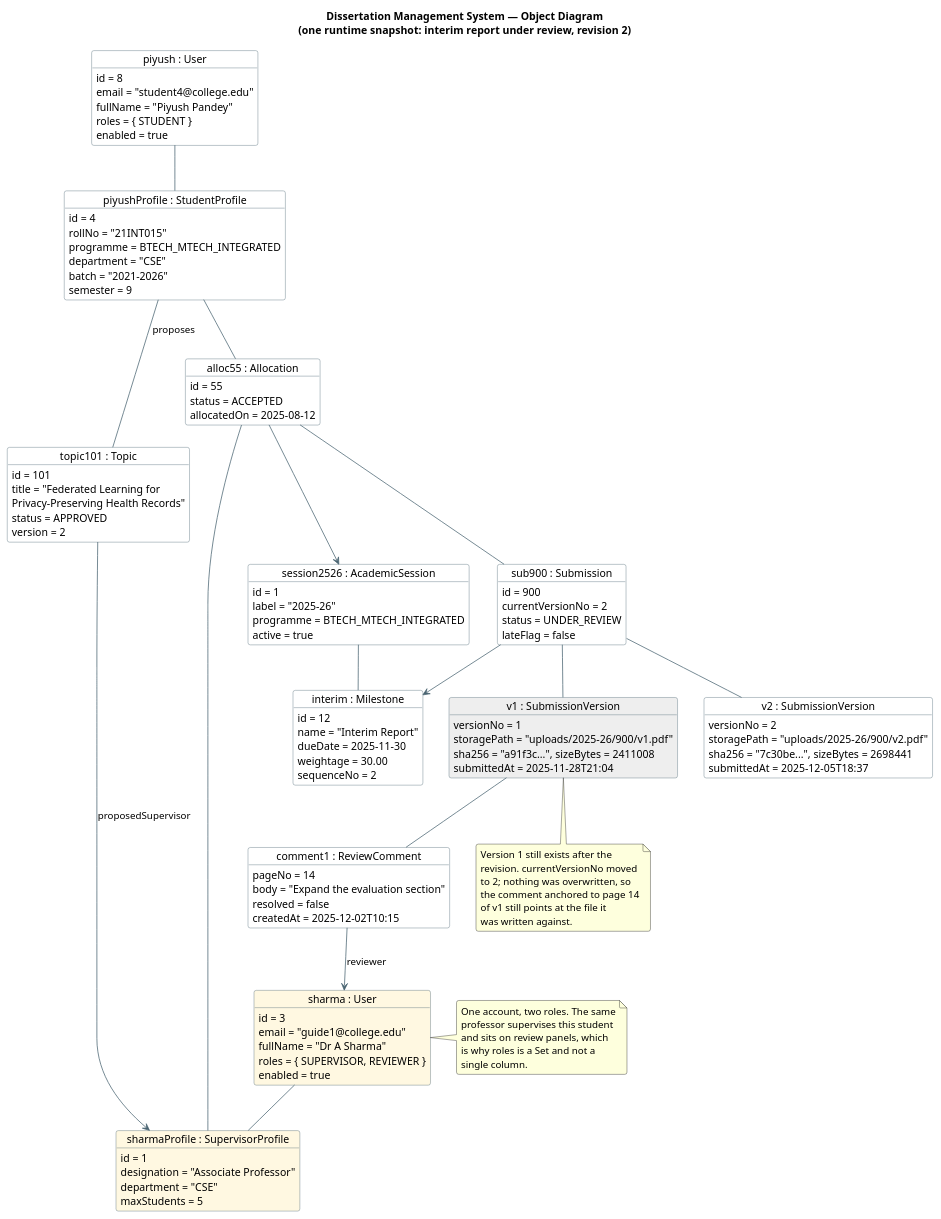
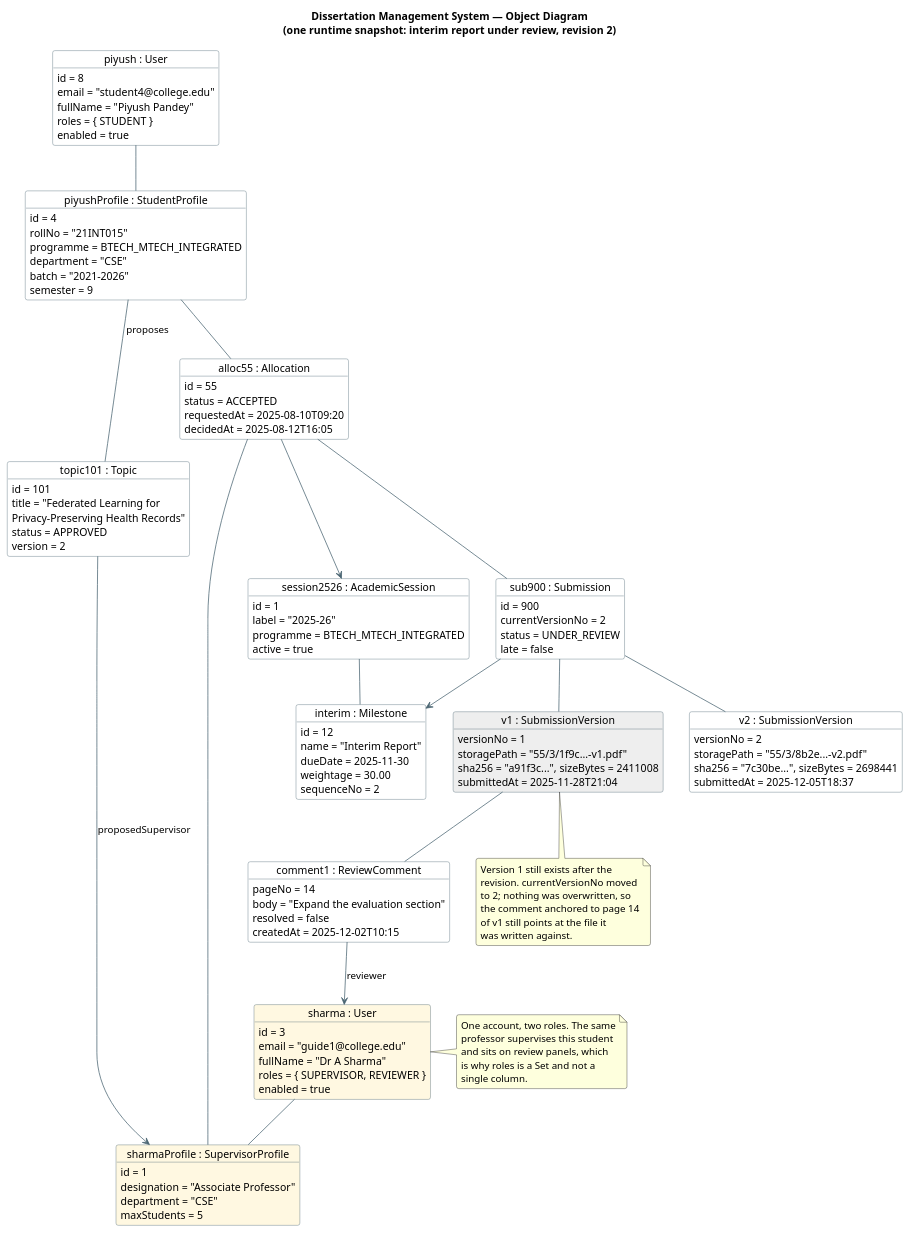
Before and after one commit to piyush2676/dissertation-management-system: the diagram in docs/diagrams/object-diagram.puml, drawn with PlantUML. The commit also changed 2 other files, not shown here.

Commit message:
docs: correct the diagrams against the shipped schema
The class diagram was written a fortnight ahead of the code and had drifted into
describing a system that partly does not exist. Two errors mattered:
PanelMember was never built -- the viva panel is free text on VivaSchedule --
and Evaluation was drawn hanging off Submission when it hangs off Allocation,
because a student is marked once for the dissertation rather than once per
milestone upload.

Smaller corrections throughout: WITHDRAWN was missing from AllocationStatus,
several types were BigDecimal in the diagram and int in the code, and
Evaluation.scores is a JSONB map keyed by criterion id rather than
Map<Long, BigDecimal>.

Audit, notifications and AI get their own diagram rather than being crammed into
this one. None of those classes is referenced by the workflow services, so
drawing them here would mean arrows that do not exist in the code -- the
separation is the point.

```diff
--- a/docs/diagrams/object-diagram.puml
+++ b/docs/diagrams/object-diagram.puml
@@ -1,139 +1,140 @@
 @startuml DMS-Object-Diagram
 ' Dissertation Management System -- object diagram.
 ' One frozen instant: Piyush is mid-revision on his interim report.
 ' Render at: http://www.plantuml.com/plantuml  or the IntelliJ PlantUML plugin.
 
 title Dissertation Management System — Object Diagram\n(one runtime snapshot: interim report under review, revision 2)
 
 skinparam shadowing false
 skinparam roundcorner 6
 skinparam object {
   BackgroundColor White
   BorderColor #4A6572
   ArrowColor #4A6572
 }
 
 object "piyush : User" as piyush {
   id = 8
   email = "student4@college.edu"
   fullName = "Piyush Pandey"
   roles = { STUDENT }
   enabled = true
 }
 
 object "piyushProfile : StudentProfile" as piyushProfile {
   id = 4
   rollNo = "21INT015"
   programme = BTECH_MTECH_INTEGRATED
   department = "CSE"
   batch = "2021-2026"
   semester = 9
 }
 
 object "sharma : User" as sharma #FFF8E1 {
   id = 3
   email = "guide1@college.edu"
   fullName = "Dr A Sharma"
   roles = { SUPERVISOR, REVIEWER }
   enabled = true
 }
 
 object "sharmaProfile : SupervisorProfile" as sharmaProfile #FFF8E1 {
   id = 1
   designation = "Associate Professor"
   department = "CSE"
   maxStudents = 5
 }
 
 object "session2526 : AcademicSession" as session2526 {
   id = 1
   label = "2025-26"
   programme = BTECH_MTECH_INTEGRATED
   active = true
 }
 
 object "interim : Milestone" as interim {
   id = 12
   name = "Interim Report"
   dueDate = 2025-11-30
   weightage = 30.00
   sequenceNo = 2
 }
 
 object "topic101 : Topic" as topic101 {
   id = 101
   title = "Federated Learning for\nPrivacy-Preserving Health Records"
   status = APPROVED
   version = 2
 }
 
 object "alloc55 : Allocation" as alloc55 {
   id = 55
   status = ACCEPTED
-  allocatedOn = 2025-08-12
+  requestedAt = 2025-08-10T09:20
+  decidedAt = 2025-08-12T16:05
 }
 
 object "sub900 : Submission" as sub900 {
   id = 900
   currentVersionNo = 2
   status = UNDER_REVIEW
-  lateFlag = false
+  late = false
 }
 
 object "v1 : SubmissionVersion" as v1 #EEEEEE {
   versionNo = 1
-  storagePath = "uploads/2025-26/900/v1.pdf"
+  storagePath = "55/3/1f9c...-v1.pdf"
   sha256 = "a91f3c...", sizeBytes = 2411008
   submittedAt = 2025-11-28T21:04
 }
 
 object "v2 : SubmissionVersion" as v2 {
   versionNo = 2
-  storagePath = "uploads/2025-26/900/v2.pdf"
+  storagePath = "55/3/8b2e...-v2.pdf"
   sha256 = "7c30be...", sizeBytes = 2698441
   submittedAt = 2025-12-05T18:37
 }
 
 object "comment1 : ReviewComment" as comment1 {
   pageNo = 14
   body = "Expand the evaluation section"
   resolved = false
   createdAt = 2025-12-02T10:15
 }
 
 piyush -- piyushProfile
 sharma -- sharmaProfile
 
 piyushProfile -- topic101 : proposes
 topic101 --> sharmaProfile : proposedSupervisor
 
 piyushProfile -- alloc55
 alloc55 -- sharmaProfile
 alloc55 --> session2526
 session2526 -- interim
 
 alloc55 -- sub900
 sub900 --> interim
 sub900 -- v1
 sub900 -- v2
 v1 -- comment1
 comment1 --> sharma : reviewer
 
 note bottom of v1
   Version 1 still exists after the
   revision. currentVersionNo moved
   to 2; nothing was overwritten, so
   the comment anchored to page 14
   of v1 still points at the file it
   was written against.
 end note
 
 note right of sharma
   One account, two roles. The same
   professor supervises this student
   and sits on review panels, which
   is why roles is a Set and not a
   single column.
 end note
 
 @enduml
```
